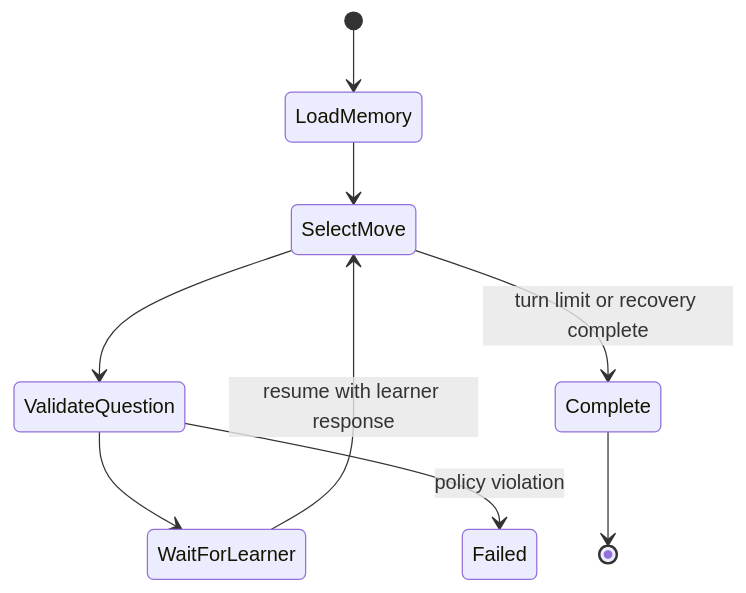
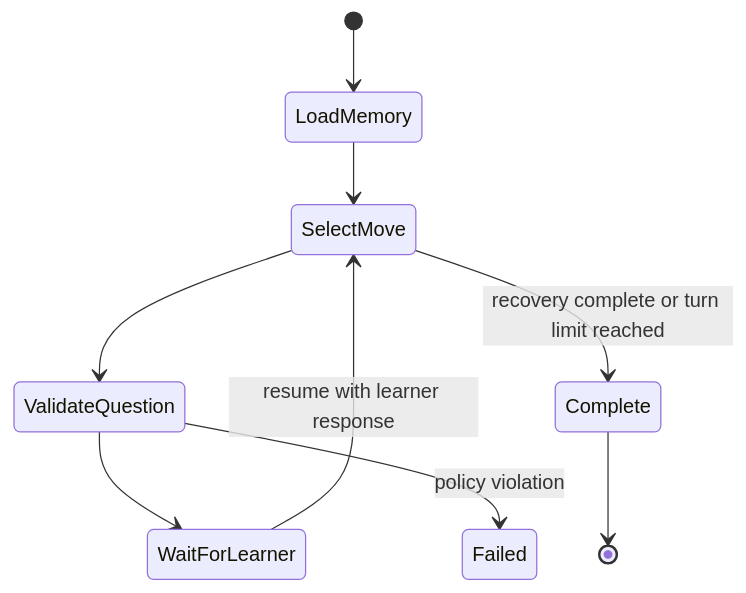
One commit to Dhruvg334/Tessarion changed the fifth of 6 diagrams in README.md. Above: the diagram before and after it, drawn with Mermaid. The commit also changed other lines of this file and 2 other files, not shown here.

````diff
--- a/README.md
+++ b/README.md
@@ -168,11 +214,11 @@
 ```mermaid
 stateDiagram-v2
     [*] --> LoadMemory
     LoadMemory --> SelectMove
     SelectMove --> ValidateQuestion
     ValidateQuestion --> WaitForLearner
     WaitForLearner --> SelectMove: resume with learner response
-    SelectMove --> Complete: turn limit or recovery complete
+    SelectMove --> Complete: recovery complete or turn limit reached
     ValidateQuestion --> Failed: policy violation
     Complete --> [*]
 ```
````
